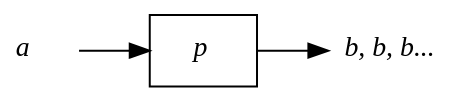
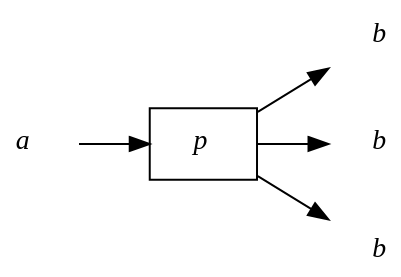
One commit to ruHaskell/ruhaskell changed the diagram in files/posts/2018-01-18/many.dot. Above: the diagram before and after it, drawn with Graphviz. The commit also changed 3 other files, not shown here.

Commit message:
Fix diagrams for unstable and many

```diff
--- a/files/posts/2018-01-18/many.dot
+++ b/files/posts/2018-01-18/many.dot
@@ -1,12 +1,17 @@
 digraph {
     bgcolor=transparent;
     rankdir=LR;
 
     node [shape=none];
 
-    a [label=<<i>a</i>>];
-    b [label=<<i>b, b, b...</i>>];
-    p [label=<<i>p</i>>, shape=box];
+    a   [label=<<i>a</i>>];
+    b1  [label=<<i>b</i>>];
+    b2  [label=<<i>b</i>>];
+    b3  [label=<<i>b</i>>];
+    p   [label=<<i>p</i>>, shape=box];
 
-    a -> p -> b;
+    a -> p;
+    p -> b1;
+    p -> b2;
+    p -> b3;
 }
```
